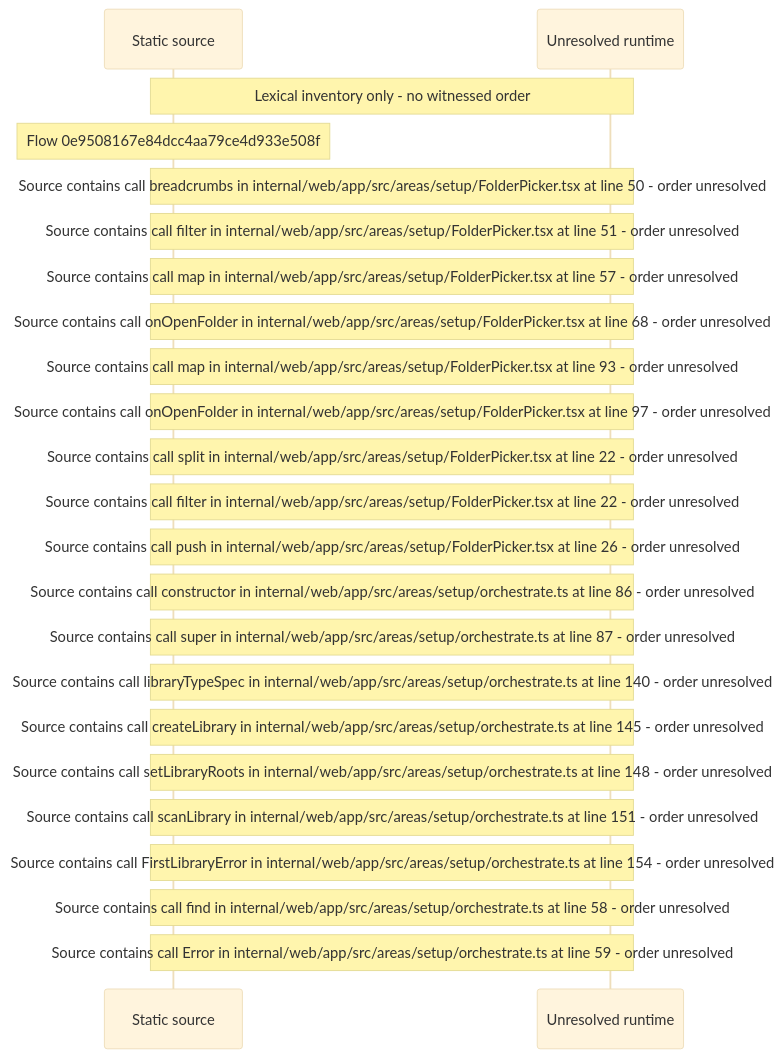
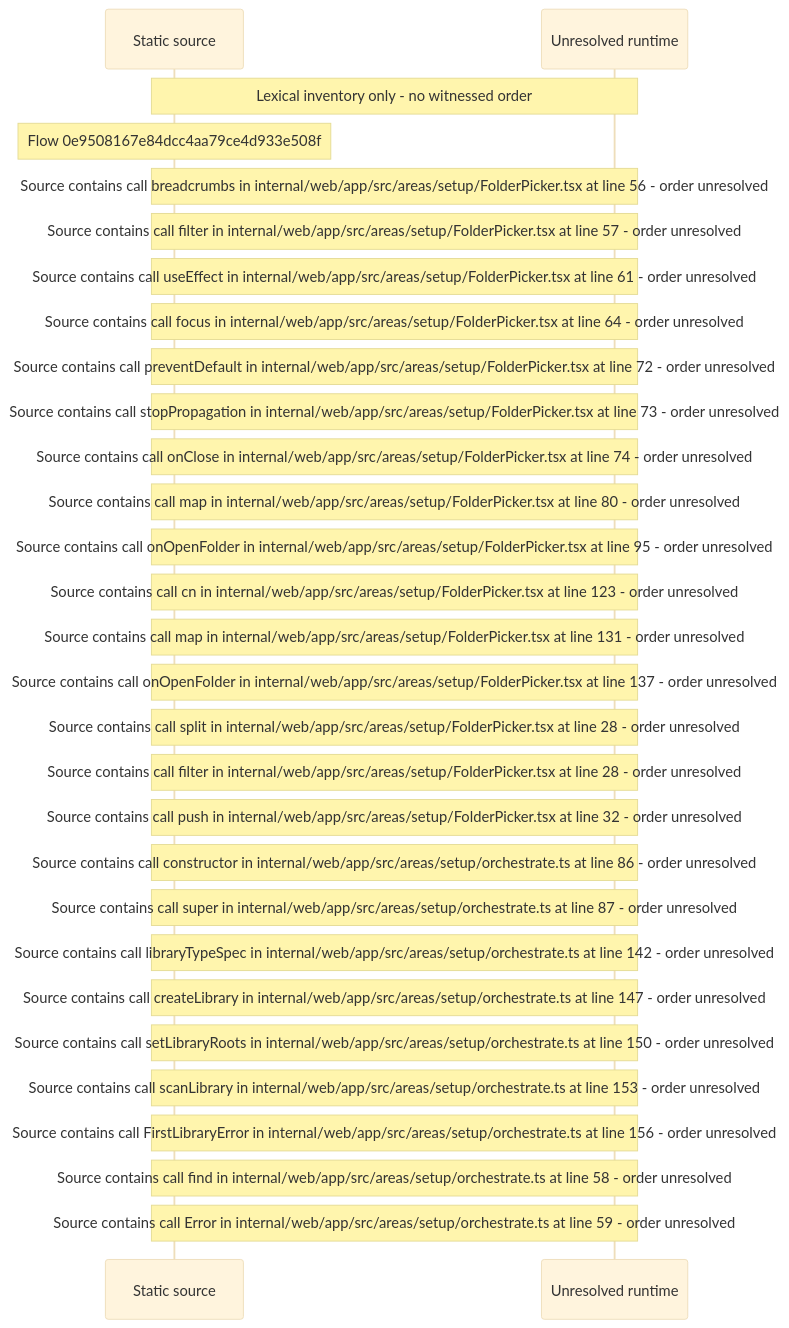
Before and after one commit to beamfall/core: the diagram in docs/web/flows/generated/0e9508167e84dcc4aa79ce4d933e508f/flow-diagram.md, drawn with Mermaid (base theme). The commit also changed other lines of this file and 715 other files, not shown here.

First line of the commit message:
Regenerate the web flow record on main after CORE-1117

````diff
--- a/docs/web/flows/generated/0e9508167e84dcc4aa79ce4d933e508f/flow-diagram.md
+++ b/docs/web/flows/generated/0e9508167e84dcc4aa79ce4d933e508f/flow-diagram.md
@@ -10,25 +10,31 @@
 ```mermaid
 sequenceDiagram
     participant S as Static source
     participant U as Unresolved runtime
     Note over S,U: Lexical inventory only - no witnessed order
     Note over S: Flow 0e9508167e84dcc4aa79ce4d933e508f
-    Note over S,U: Source contains call breadcrumbs in internal/web/app/src/areas/setup/FolderPicker.tsx at line 50 - order unresolved
-    Note over S,U: Source contains call filter in internal/web/app/src/areas/setup/FolderPicker.tsx at line 51 - order unresolved
-    Note over S,U: Source contains call map in internal/web/app/src/areas/setup/FolderPicker.tsx at line 57 - order unresolved
-    Note over S,U: Source contains call onOpenFolder in internal/web/app/src/areas/setup/FolderPicker.tsx at line 68 - order unresolved
-    Note over S,U: Source contains call map in internal/web/app/src/areas/setup/FolderPicker.tsx at line 93 - order unresolved
-    Note over S,U: Source contains call onOpenFolder in internal/web/app/src/areas/setup/FolderPicker.tsx at line 97 - order unresolved
-    Note over S,U: Source contains call split in internal/web/app/src/areas/setup/FolderPicker.tsx at line 22 - order unresolved
-    Note over S,U: Source contains call filter in internal/web/app/src/areas/setup/FolderPicker.tsx at line 22 - order unresolved
-    Note over S,U: Source contains call push in internal/web/app/src/areas/setup/FolderPicker.tsx at line 26 - order unresolved
+    Note over S,U: Source contains call breadcrumbs in internal/web/app/src/areas/setup/FolderPicker.tsx at line 56 - order unresolved
+    Note over S,U: Source contains call filter in internal/web/app/src/areas/setup/FolderPicker.tsx at line 57 - order unresolved
+    Note over S,U: Source contains call useEffect in internal/web/app/src/areas/setup/FolderPicker.tsx at line 61 - order unresolved
+    Note over S,U: Source contains call focus in internal/web/app/src/areas/setup/FolderPicker.tsx at line 64 - order unresolved
+    Note over S,U: Source contains call preventDefault in internal/web/app/src/areas/setup/FolderPicker.tsx at line 72 - order unresolved
+    Note over S,U: Source contains call stopPropagation in internal/web/app/src/areas/setup/FolderPicker.tsx at line 73 - order unresolved
+    Note over S,U: Source contains call onClose in internal/web/app/src/areas/setup/FolderPicker.tsx at line 74 - order unresolved
+    Note over S,U: Source contains call map in internal/web/app/src/areas/setup/FolderPicker.tsx at line 80 - order unresolved
+    Note over S,U: Source contains call onOpenFolder in internal/web/app/src/areas/setup/FolderPicker.tsx at line 95 - order unresolved
+    Note over S,U: Source contains call cn in internal/web/app/src/areas/setup/FolderPicker.tsx at line 123 - order unresolved
+    Note over S,U: Source contains call map in internal/web/app/src/areas/setup/FolderPicker.tsx at line 131 - order unresolved
+    Note over S,U: Source contains call onOpenFolder in internal/web/app/src/areas/setup/FolderPicker.tsx at line 137 - order unresolved
+    Note over S,U: Source contains call split in internal/web/app/src/areas/setup/FolderPicker.tsx at line 28 - order unresolved
+    Note over S,U: Source contains call filter in internal/web/app/src/areas/setup/FolderPicker.tsx at line 28 - order unresolved
+    Note over S,U: Source contains call push in internal/web/app/src/areas/setup/FolderPicker.tsx at line 32 - order unresolved
     Note over S,U: Source contains call constructor in internal/web/app/src/areas/setup/orchestrate.ts at line 86 - order unresolved
     Note over S,U: Source contains call super in internal/web/app/src/areas/setup/orchestrate.ts at line 87 - order unresolved
-    Note over S,U: Source contains call libraryTypeSpec in internal/web/app/src/areas/setup/orchestrate.ts at line 140 - order unresolved
-    Note over S,U: Source contains call createLibrary in internal/web/app/src/areas/setup/orchestrate.ts at line 145 - order unresolved
-    Note over S,U: Source contains call setLibraryRoots in internal/web/app/src/areas/setup/orchestrate.ts at line 148 - order unresolved
-    Note over S,U: Source contains call scanLibrary in internal/web/app/src/areas/setup/orchestrate.ts at line 151 - order unresolved
-    Note over S,U: Source contains call FirstLibraryError in internal/web/app/src/areas/setup/orchestrate.ts at line 154 - order unresolved
+    Note over S,U: Source contains call libraryTypeSpec in internal/web/app/src/areas/setup/orchestrate.ts at line 142 - order unresolved
+    Note over S,U: Source contains call createLibrary in internal/web/app/src/areas/setup/orchestrate.ts at line 147 - order unresolved
+    Note over S,U: Source contains call setLibraryRoots in internal/web/app/src/areas/setup/orchestrate.ts at line 150 - order unresolved
+    Note over S,U: Source contains call scanLibrary in internal/web/app/src/areas/setup/orchestrate.ts at line 153 - order unresolved
+    Note over S,U: Source contains call FirstLibraryError in internal/web/app/src/areas/setup/orchestrate.ts at line 156 - order unresolved
     Note over S,U: Source contains call find in internal/web/app/src/areas/setup/orchestrate.ts at line 58 - order unresolved
     Note over S,U: Source contains call Error in internal/web/app/src/areas/setup/orchestrate.ts at line 59 - order unresolved
 ```
````
